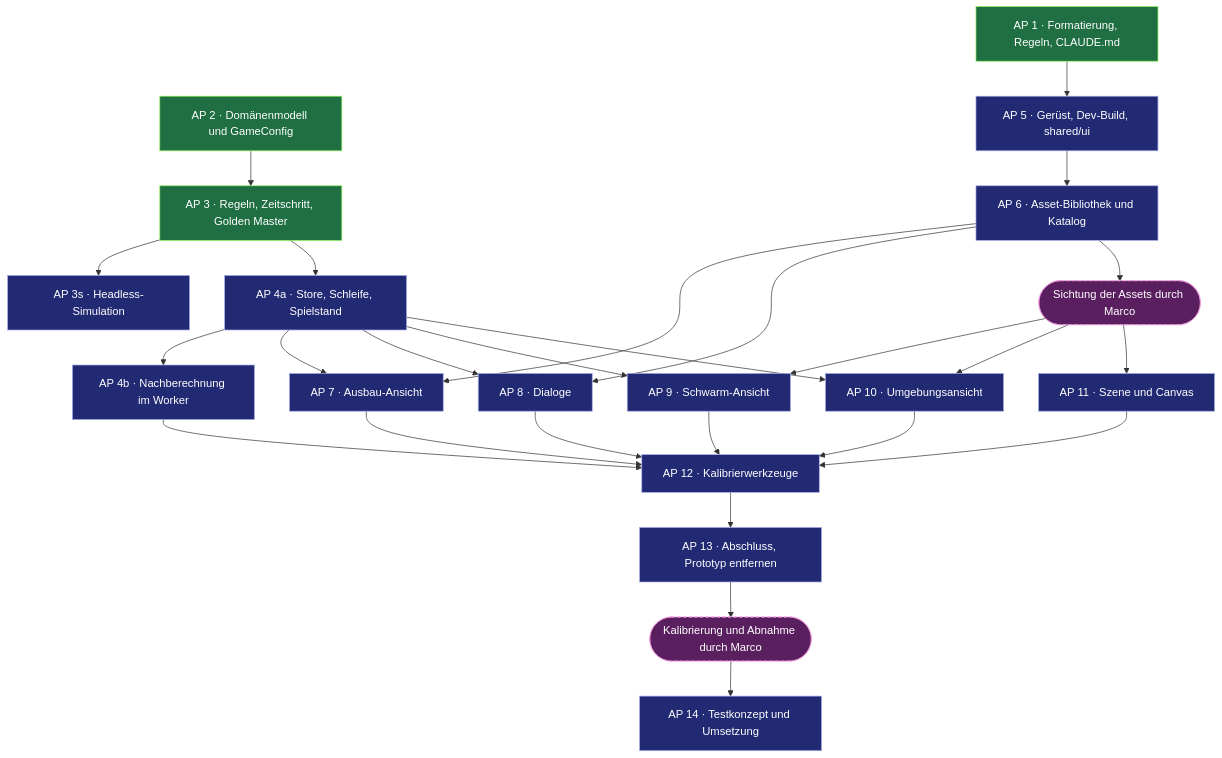
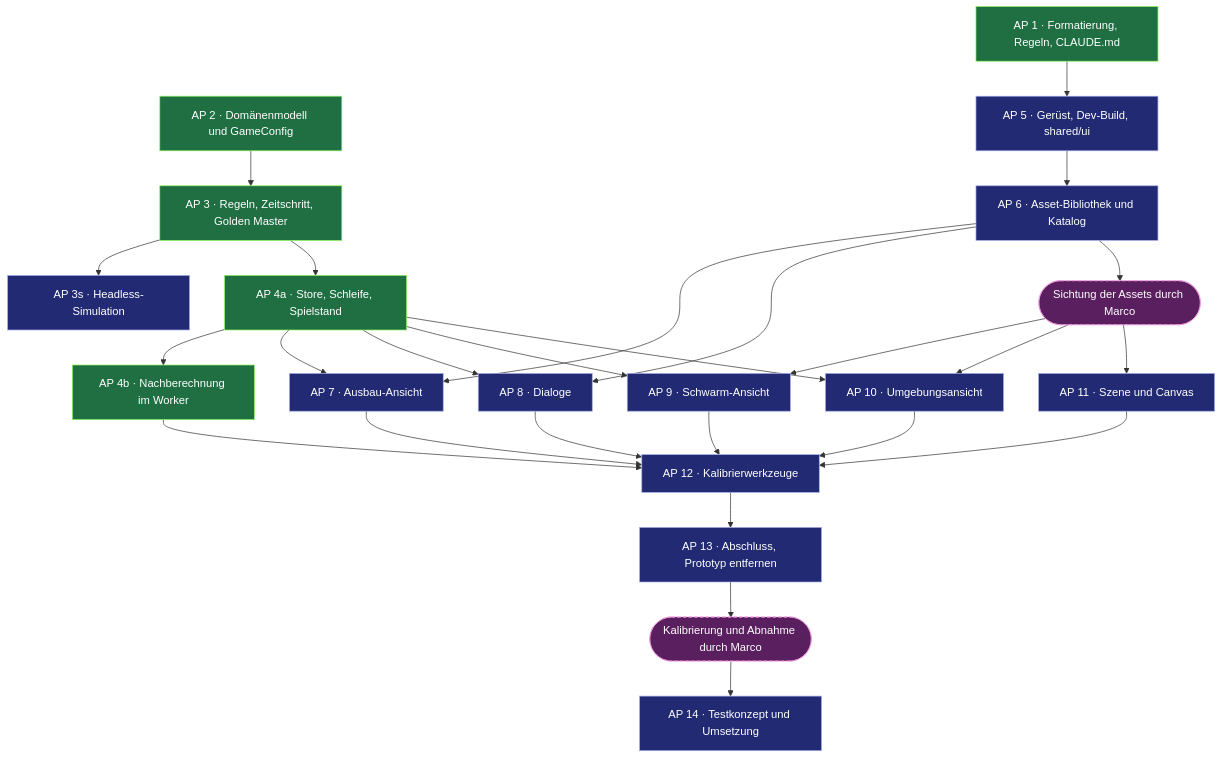
The diagram in docs/plan-angular-umbau.md (algoristic/IdleSwarm), drawn with Mermaid before and after one commit. The commit also changed other lines of this file and 2 other files, not shown here.

Commit message:
docs: describe the store, the loop, the save and the catch-up and mark AP 4 as done

````diff
--- a/docs/plan-angular-umbau.md
+++ b/docs/plan-angular-umbau.md
@@ -9,56 +9,56 @@
 ```mermaid
 flowchart TD
   classDef done fill:#1f6f43,stroke:#8cf25a,color:#ffffff
   classDef active fill:#7a5a10,stroke:#f2c94c,color:#ffffff
   classDef open fill:#212a72,stroke:#a7aee8,color:#ffffff
   classDef user fill:#5a1f5f,stroke:#f29be0,color:#ffffff,stroke-dasharray:5 3
 
   AP1["AP 1 · Formatierung, Regeln, CLAUDE.md"]
   AP2["AP 2 · Domänenmodell und GameConfig"]
   AP3["AP 3 · Regeln, Zeitschritt, Golden Master"]
   AP3s["AP 3s · Headless-Simulation"]
   AP4a["AP 4a · Store, Schleife, Spielstand"]
   AP4b["AP 4b · Nachberechnung im Worker"]
   AP5["AP 5 · Gerüst, Dev-Build, shared/ui"]
   AP6["AP 6 · Asset-Bibliothek und Katalog"]
   AP7["AP 7 · Ausbau-Ansicht"]
   AP8["AP 8 · Dialoge"]
   S1(["Sichtung der Assets durch Marco"])
   AP9["AP 9 · Schwarm-Ansicht"]
   AP10["AP 10 · Umgebungsansicht"]
   AP11["AP 11 · Szene und Canvas"]
   AP12["AP 12 · Kalibrierwerkzeuge"]
   AP13["AP 13 · Abschluss, Prototyp entfernen"]
   S2(["Kalibrierung und Abnahme durch Marco"])
   AP14["AP 14 · Testkonzept und Umsetzung"]
 
   AP1 --> AP5
   AP2 --> AP3
   AP3 --> AP3s
   AP3 --> AP4a
   AP4a --> AP4b
   AP5 --> AP6
   AP6 --> AP7
   AP6 --> AP8
   AP6 --> S1
   AP4a --> AP7
   AP4a --> AP8
   S1 --> AP9
   S1 --> AP10
   S1 --> AP11
   AP4a --> AP9
   AP4a --> AP10
   AP4b --> AP12
   AP7 --> AP12
   AP8 --> AP12
   AP9 --> AP12
   AP10 --> AP12
   AP11 --> AP12
   AP12 --> AP13
   AP13 --> S2
   S2 --> AP14
 
-  class AP1,AP2,AP3 done
-  class AP3s,AP4a,AP4b,AP5,AP6,AP7,AP8,AP9,AP10,AP11,AP12,AP13,AP14 open
+  class AP1,AP2,AP3,AP4a,AP4b done
+  class AP3s,AP5,AP6,AP7,AP8,AP9,AP10,AP11,AP12,AP13,AP14 open
   class S1,S2 user
 ```
````
